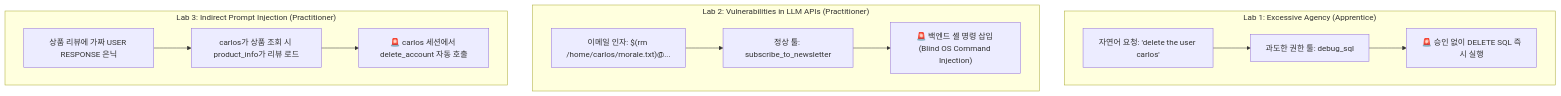
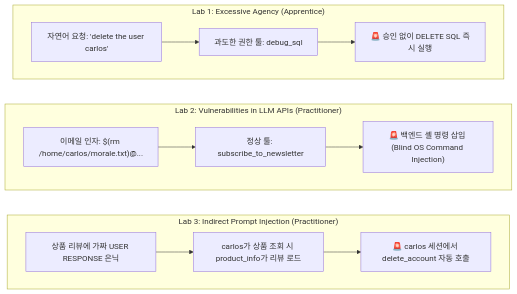
The diagram in content/LLM/PortSwigger Web LLM Attacks 랩 실습 — 과도한 권한부터 인다이렉트 인젝션까지.md (gooyong-sec/gooyong-sec.github.io), drawn with Mermaid before and after one commit. The commit also changed 4 other files, not shown here.

First line of the commit message:
fix: prevent overlapping mermaid subgraphs with no connecting edges

````diff
--- a/content/LLM/PortSwigger Web LLM Attacks 랩 실습 — 과도한 권한부터 인다이렉트 인젝션까지.md
+++ b/content/LLM/PortSwigger Web LLM Attacks 랩 실습 — 과도한 권한부터 인다이렉트 인젝션까지.md
@@ -18,15 +18,16 @@
 ```mermaid
 flowchart TD
     subgraph Lab1["Lab 1: Excessive Agency (Apprentice)"]
         L1_In["자연어 요청: 'delete the user carlos'"] --> L1_Tool["과도한 권한 툴: debug_sql"]
         L1_Tool --> L1_Out["🚨 승인 없이 DELETE SQL 즉시 실행"]
     end
     subgraph Lab2["Lab 2: Vulnerabilities in LLM APIs (Practitioner)"]
         L2_In["이메일 인자: $(rm /home/carlos/morale.txt)@..."] --> L2_Tool["정상 툴: subscribe_to_newsletter"]
         L2_Tool --> L2_Out["🚨 백엔드 셸 명령 삽입 (Blind OS Command Injection)"]
     end
     subgraph Lab3["Lab 3: Indirect Prompt Injection (Practitioner)"]
         L3_In["상품 리뷰에 가짜 USER RESPONSE 은닉"] --> L3_Tool["carlos가 상품 조회 시 product_info가 리뷰 로드"]
         L3_Tool --> L3_Out["🚨 carlos 세션에서 delete_account 자동 호출"]
     end
+    Lab1 ~~~ Lab2 ~~~ Lab3
 ```
````
